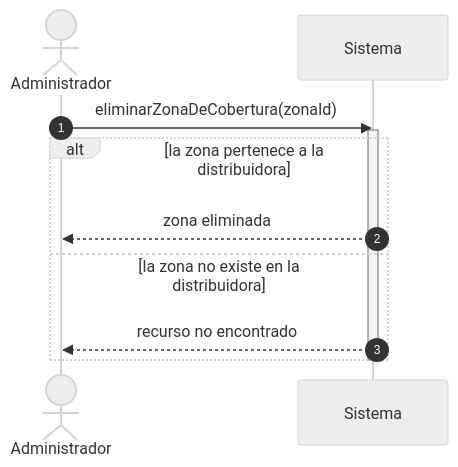
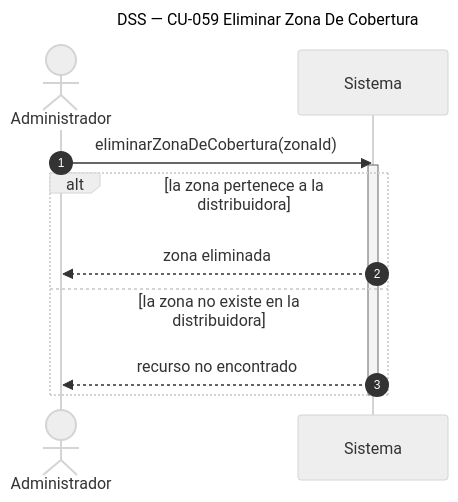
Before and after one commit to Nahuelito-Dev/splg-docs: the diagram in diagramas/DSS_CU-059_Eliminar-Zona-De-Cobertura.mmd, drawn with Mermaid (neutral theme). The commit also changed 296 other files, not shown here.

First line of the commit message:
feat(notacion): completar la notación UML de los 293 diagramas de secuencia

```diff
--- a/diagramas/DSS_CU-059_Eliminar-Zona-De-Cobertura.mmd
+++ b/diagramas/DSS_CU-059_Eliminar-Zona-De-Cobertura.mmd
@@ -1,13 +1,14 @@
 sequenceDiagram
+    title DSS — CU-059 Eliminar Zona De Cobertura
     autonumber
     actor ADM as Administrador
     participant SIS as Sistema
 
     ADM->>SIS: eliminarZonaDeCobertura(zonaId)
     activate SIS
     alt la zona pertenece a la distribuidora
         SIS-->>ADM: zona eliminada
     else la zona no existe en la distribuidora
         SIS-->>ADM: recurso no encontrado
     end
     deactivate SIS
```
